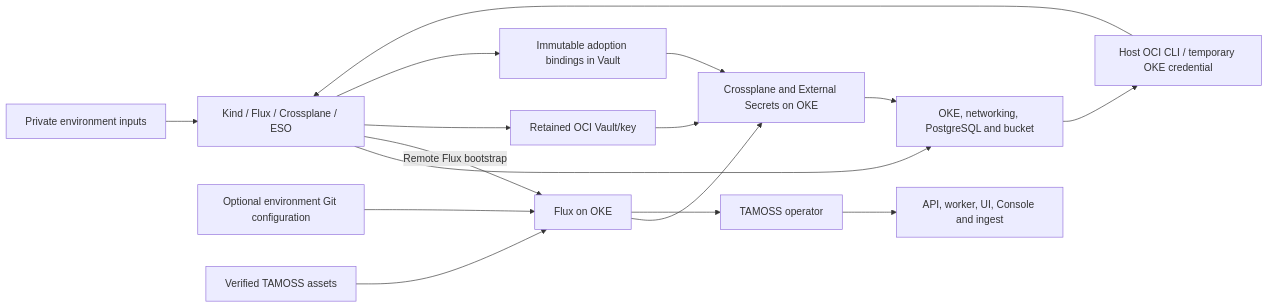
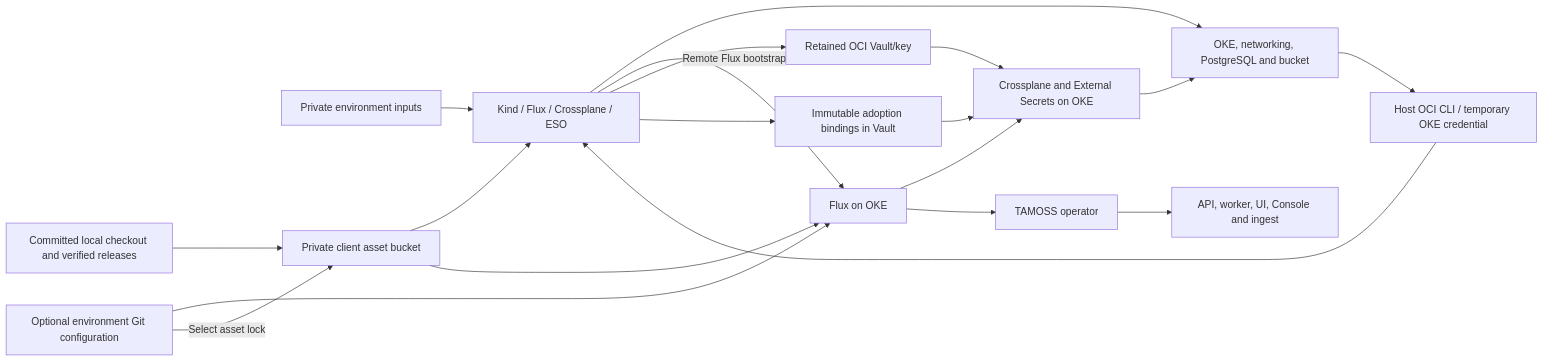
The diagram in docs/architecture.md (livewyer-ops/tamoss-cp-oci), drawn with Mermaid before and after one commit. The commit also changed other lines of this file and 101 other files, not shown here.

First line of the commit message:
feat!: reconcile deployment assets from client-owned storage

````diff
--- a/docs/architecture.md
+++ b/docs/architecture.md
@@ -55,19 +57,22 @@
 ```mermaid
 flowchart LR
     Inputs[Private environment inputs] --> Kind[Kind / Flux / Crossplane / ESO]
     Kind --> OCI[OKE, networking, PostgreSQL and bucket]
     Host[Host OCI CLI / temporary OKE credential] --> Kind
     Kind -->|Remote Flux bootstrap| Flux
     OCI --> Host
     Kind --> Vault[Retained OCI Vault/key]
     Git[Optional environment Git configuration]
     Kind --> Bindings[Immutable adoption bindings in Vault]
     Git --> Flux[Flux on OKE]
-    Release[Verified TAMOSS assets] --> Flux
+    Checkout[Committed local checkout and verified releases] --> Store[Private client asset bucket]
+    Store --> Kind
+    Store --> Flux
+    Git -->|Select asset lock| Store
     Flux --> Runtime[Crossplane and External Secrets on OKE]
     Runtime --> OCI
     Vault --> Runtime
     Bindings --> Runtime
     Flux --> Operator[TAMOSS operator]
     Operator --> App[API, worker, UI, Console and ingest]
 ```
````
